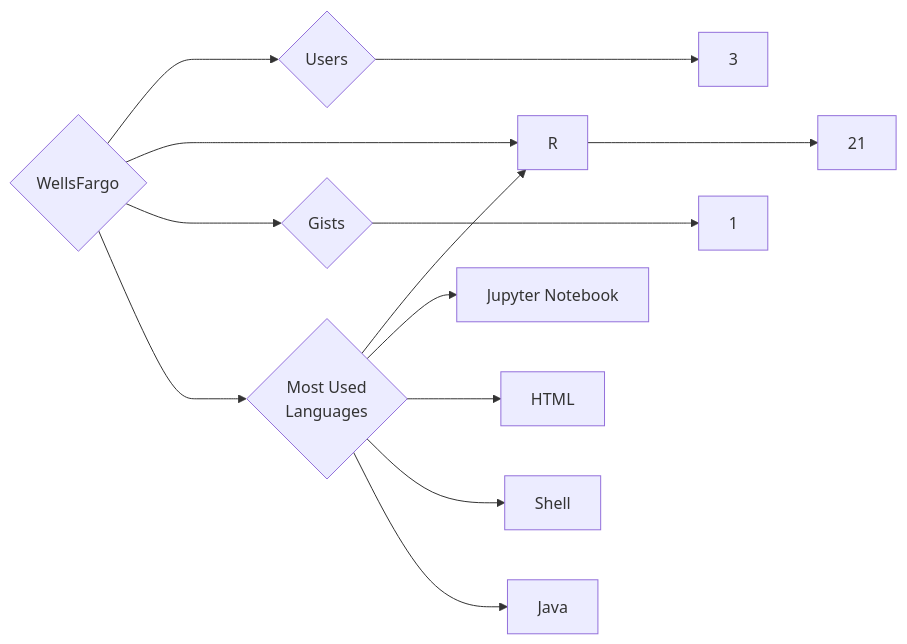
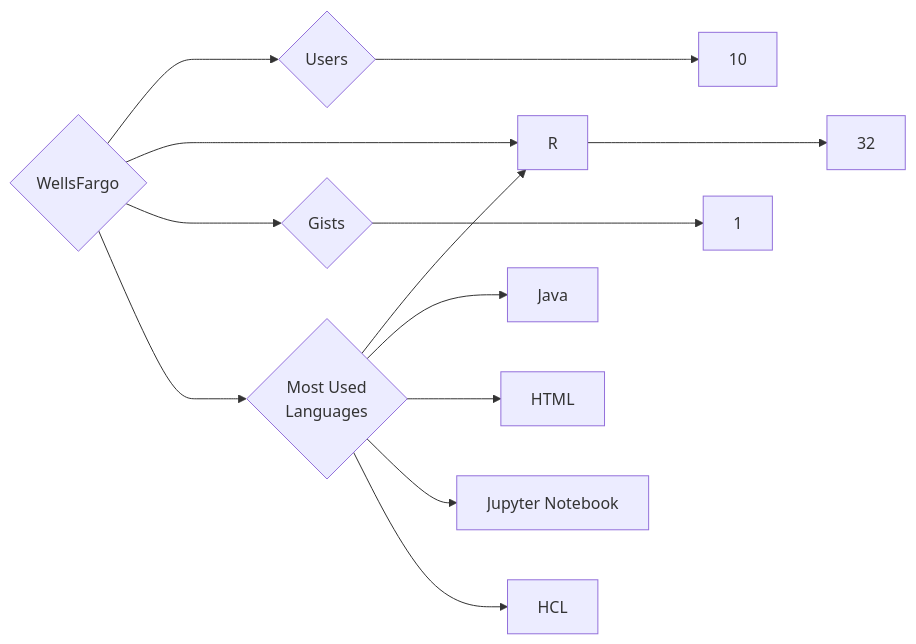
One commit to trickest/insiders changed the diagram in targets/WellsFargo/README.md. Above: the diagram before and after it, drawn with Mermaid. The commit also changed 695 other files, not shown here.

````diff
--- a/targets/WellsFargo/README.md
+++ b/targets/WellsFargo/README.md
@@ -3,13 +3,13 @@
 ```mermaid
 graph LR
 COMPANY_NAME{WellsFargo}
-COMPANY_NAME ---> U{Users} ---> UN[3]
-COMPANY_NAME ---> R{Repositories} ---> RN[21]
+COMPANY_NAME ---> U{Users} ---> UN[10]
+COMPANY_NAME ---> R{Repositories} ---> RN[32]
 COMPANY_NAME ---> G{Gists} ---> GN[1]
 COMPANY_NAME ---> ML{Most Used<br>Languages}
 ML --> R[R]
+ML --> Java[Java]
+ML --> HTML[HTML]
 ML --> Jupyter_Notebook[Jupyter Notebook]
-ML --> HTML[HTML]
-ML --> Shell[Shell]
-ML --> Java[Java]
+ML --> HCL[HCL]
 ```
````
